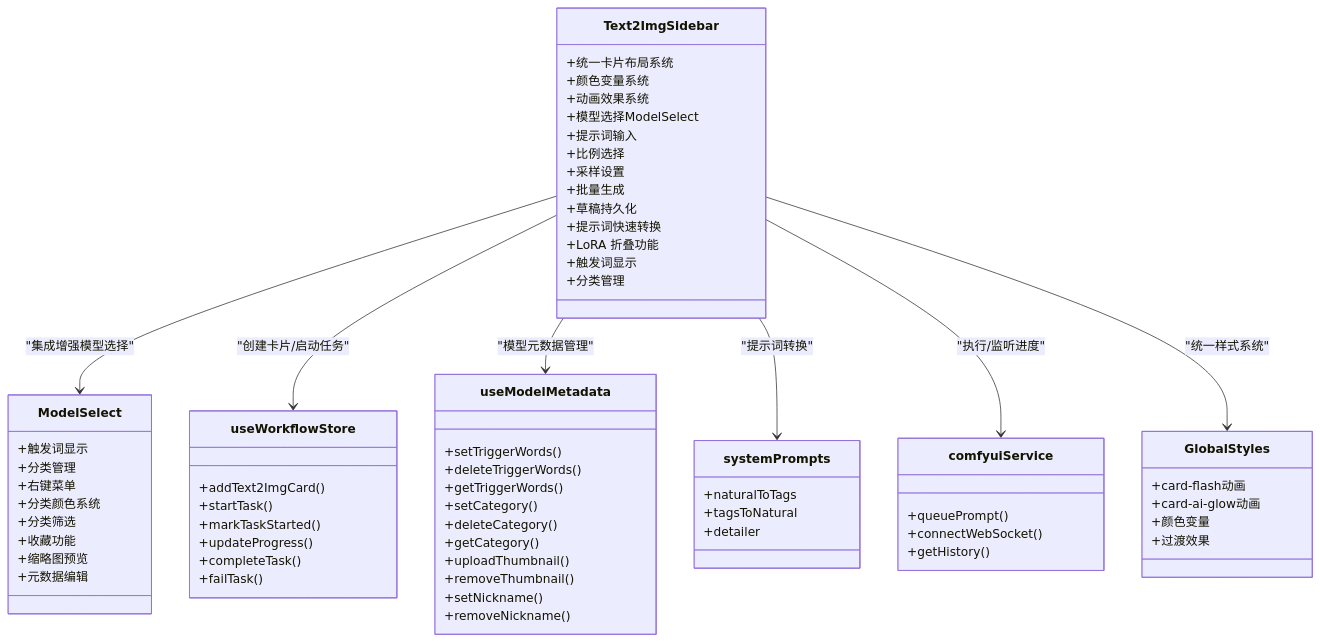
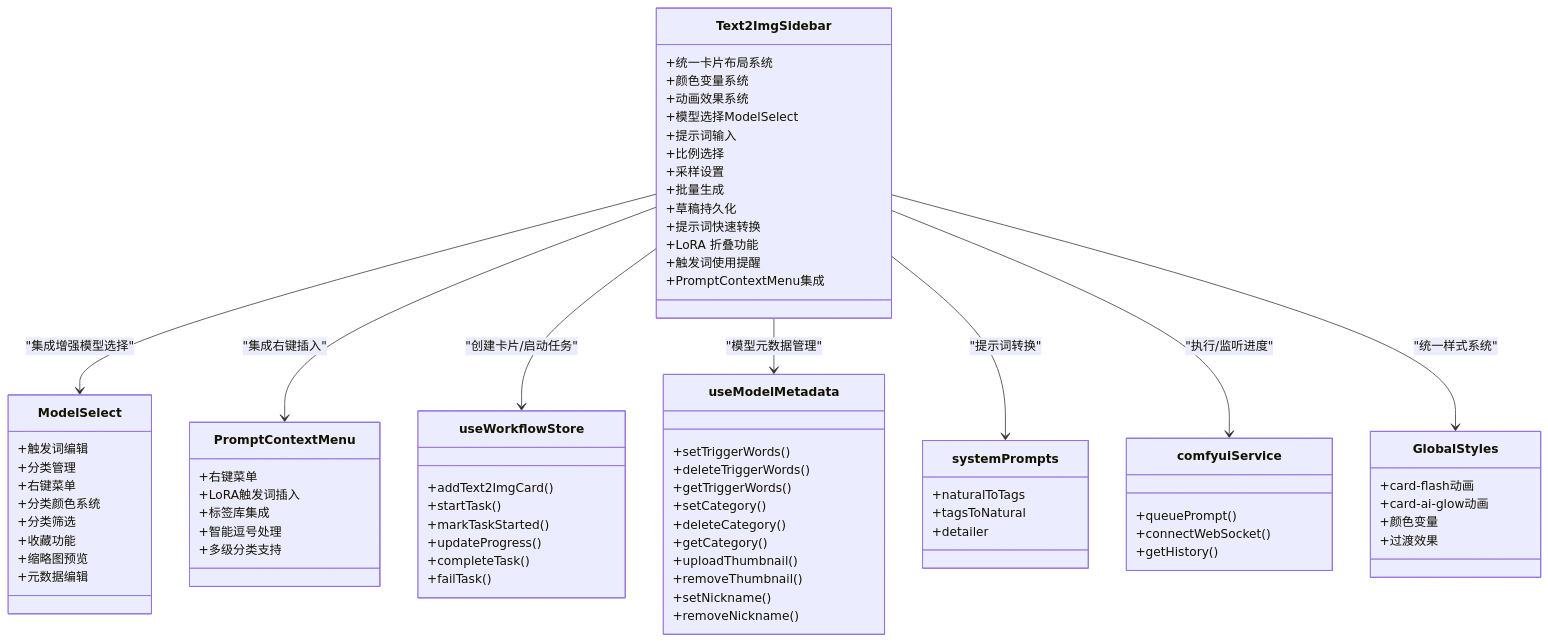
One commit to billye220670/CorineKit_Pix2Real changed the third of 4 diagrams in .qoder/repowiki/zh/content/用户界面组件/控制面板组件/文本到图像侧边栏.md. Above: the diagram before and after it, drawn with Mermaid. The commit also changed other lines of this file and 4 other files, not shown here.

````diff
--- a/.qoder/repowiki/zh/content/用户界面组件/控制面板组件/文本到图像侧边栏.md
+++ b/.qoder/repowiki/zh/content/用户界面组件/控制面板组件/文本到图像侧边栏.md
@@ -336,70 +388,78 @@
 ```mermaid
 classDiagram
 class Text2ImgSidebar {
 +统一卡片布局系统
 +颜色变量系统
 +动画效果系统
 +模型选择ModelSelect
 +提示词输入
 +比例选择
 +采样设置
 +批量生成
 +草稿持久化
 +提示词快速转换
 +LoRA 折叠功能
-+触发词显示
-+分类管理
++触发词使用提醒
++PromptContextMenu集成
 }
 class ModelSelect {
-+触发词显示
++触发词编辑
 +分类管理
 +右键菜单
 +分类颜色系统
 +分类筛选
 +收藏功能
 +缩略图预览
 +元数据编辑
+}
+class PromptContextMenu {
++右键菜单
++LoRA触发词插入
++标签库集成
++智能逗号处理
++多级分类支持
 }
 class useWorkflowStore {
 +addText2ImgCard()
 +startTask()
 +markTaskStarted()
 +updateProgress()
 +completeTask()
 +failTask()
 }
 class useModelMetadata {
 +setTriggerWords()
 +deleteTriggerWords()
 +getTriggerWords()
 +setCategory()
 +deleteCategory()
 +getCategory()
 +uploadThumbnail()
 +removeThumbnail()
 +setNickname()
 +removeNickname()
 }
 class systemPrompts {
 +naturalToTags
 +tagsToNatural
 +detailer
 }
 class comfyuiService {
 +queuePrompt()
 +connectWebSocket()
 +getHistory()
 }
 class GlobalStyles {
 +card-flash动画
 +card-ai-glow动画
 +颜色变量
 +过渡效果
 }
 Text2ImgSidebar --> ModelSelect : "集成增强模型选择"
+Text2ImgSidebar --> PromptContextMenu : "集成右键插入"
 Text2ImgSidebar --> useWorkflowStore : "创建卡片/启动任务"
 Text2ImgSidebar --> useModelMetadata : "模型元数据管理"
 Text2ImgSidebar --> systemPrompts : "提示词转换"
 Text2ImgSidebar --> comfyuiService : "执行/监听进度"
 Text2ImgSidebar --> GlobalStyles : "统一样式系统"
 ```
````
